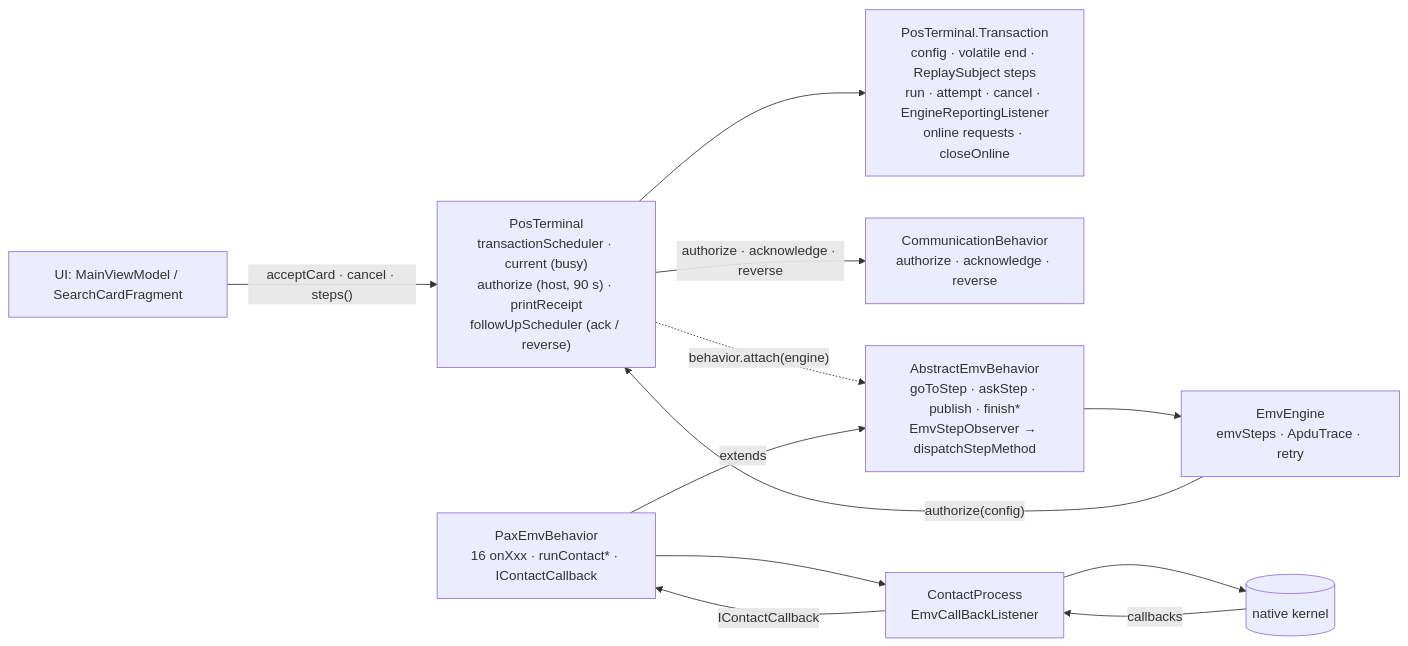
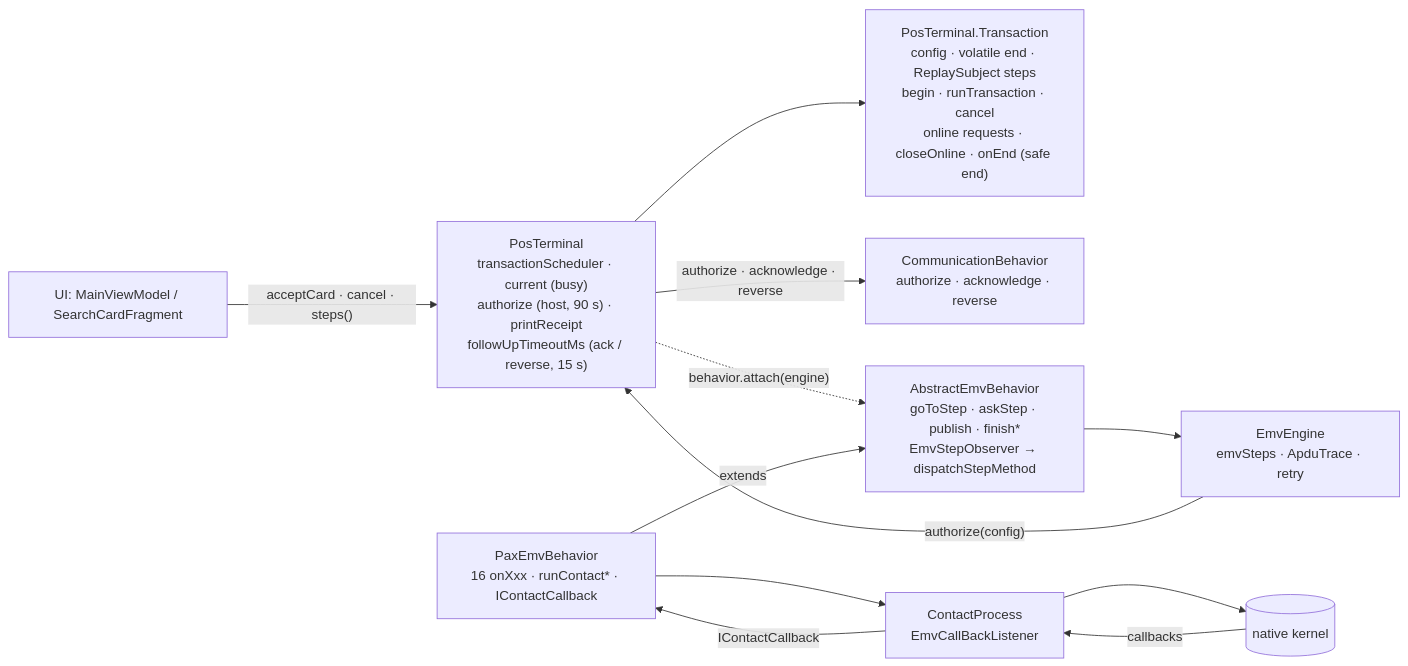
The first of 9 diagrams in doc/REFERENCE.md (berothomas33/esaylinkrefactor), drawn with Mermaid before and after one commit. The commit also changed other lines of this file and 4 other files, not shown here.

````diff
--- a/doc/REFERENCE.md
+++ b/doc/REFERENCE.md
@@ -204,19 +204,19 @@
 ```mermaid
 flowchart LR
   UI["UI: MainViewModel / SearchCardFragment"]
-  PT["PosTerminal<br/>transactionScheduler · current (busy)<br/>authorize (host, 90 s) · printReceipt<br/>followUpScheduler (ack / reverse)"]
-  TX["PosTerminal.Transaction<br/>config · volatile end · ReplaySubject steps<br/>run · attempt · cancel · EngineReportingListener<br/>online requests · closeOnline"]
+  PT["PosTerminal<br/>transactionScheduler · current (busy)<br/>authorize (host, 90 s) · printReceipt<br/>followUpTimeoutMs (ack / reverse, 15 s)"]
+  TX["PosTerminal.Transaction<br/>config · volatile end · ReplaySubject steps<br/>begin · runTransaction · cancel<br/>online requests · closeOnline · onEnd (safe end)"]
   CB["CommunicationBehavior<br/>authorize · acknowledge · reverse"]
   EN["EmvEngine<br/>emvSteps · ApduTrace · retry"]
   AB["AbstractEmvBehavior<br/>goToStep · askStep · publish · finish*<br/>EmvStepObserver → dispatchStepMethod"]
   PB["PaxEmvBehavior<br/>16 onXxx · runContact* · IContactCallback"]
   CP["ContactProcess<br/>EmvCallBackListener"]
   NK[("native kernel")]
   UI -- "acceptCard · cancel · steps()" --> PT --> TX
   PT -. "behavior.attach(engine)" .-> AB --> EN
   PB -- extends --> AB
   PB --> CP --> NK
   NK -- callbacks --> CP -- IContactCallback --> PB
   EN -- "authorize(config)" --> PT
   PT -- "authorize · acknowledge · reverse" --> CB
 ```
````
